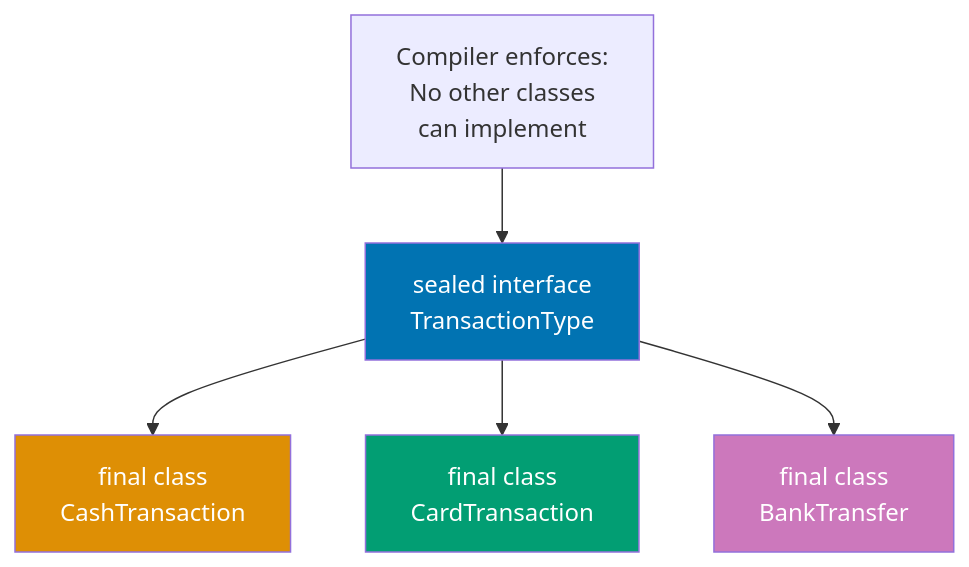
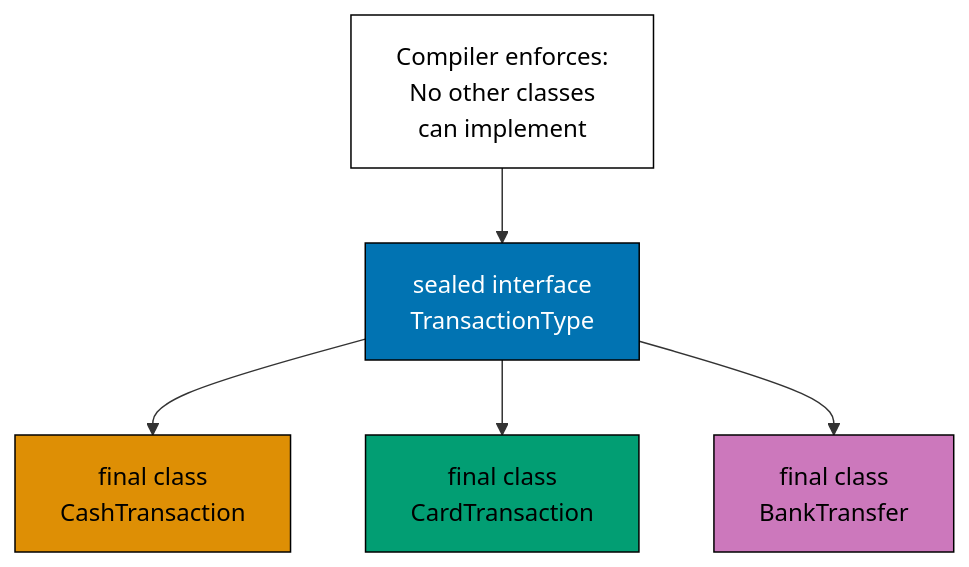
The tenth of 11 diagrams in apps/ayokoding-www/content/en/learn/legacy/software-engineering/programming-languages/java/by-example/intermediate.md (wahidyankf/ose-public), drawn with Mermaid before and after one commit. The commit also changed other lines of this file and 112 other files, not shown here.

First line of the commit message:
fix(mermaid): bring the legacy programming-languages diagrams onto the accessible palette

````diff
--- a/apps/ayokoding-www/content/en/learn/legacy/software-engineering/programming-languages/java/by-example/intermediate.md
+++ b/apps/ayokoding-www/content/en/learn/legacy/software-engineering/programming-languages/java/by-example/intermediate.md
@@ -2558,13 +2625,20 @@
 ```mermaid
 graph TD
+    accTitle: Example 54: Sealed Classes for Closed Hierarchies
+    accDescr: Graph with 5 nodes and 4 connections. Nodes: sealed interface TransactionType, final class CashTransaction, final class CardTransaction, final class BankTransfer, Compiler enforces: No other classes can implement. Connections: sealed interface TransactionType to final class CashTransaction, sealed interface TransactionType to final class CardTransaction, sealed interface TransactionType to final class BankTransfer, Compiler enforces: No other classes can implement to sealed interface TransactionType.
     Sealed["sealed interface<br/>TransactionType"] --> Cash["final class<br/>CashTransaction"]
     Sealed --> Card["final class<br/>CardTransaction"]
     Sealed --> Bank["final class<br/>BankTransfer"]
 
     Note["Compiler enforces:<br/>No other classes<br/>can implement"] --> Sealed
 
-    style Sealed fill:#0173B2,color:#fff
-    style Cash fill:#DE8F05,color:#fff
-    style Card fill:#029E73,color:#fff
-    style Bank fill:#CC78BC,color:#fff
+    classDef pal-0173B2 fill:#0173B2,stroke:#000000,color:#FFFFFF
+    class Sealed pal-0173B2
+    classDef pal-DE8F05 fill:#DE8F05,stroke:#000000,color:#000000
+    class Cash pal-DE8F05
+    classDef pal-029E73 fill:#029E73,stroke:#000000,color:#000000
+    class Card pal-029E73
+    classDef pal-CC78BC fill:#CC78BC,stroke:#000000,color:#000000
+    class Bank pal-CC78BC
+    classDef default fill:#FFFFFF,stroke:#000000,color:#000000
 ```
````
